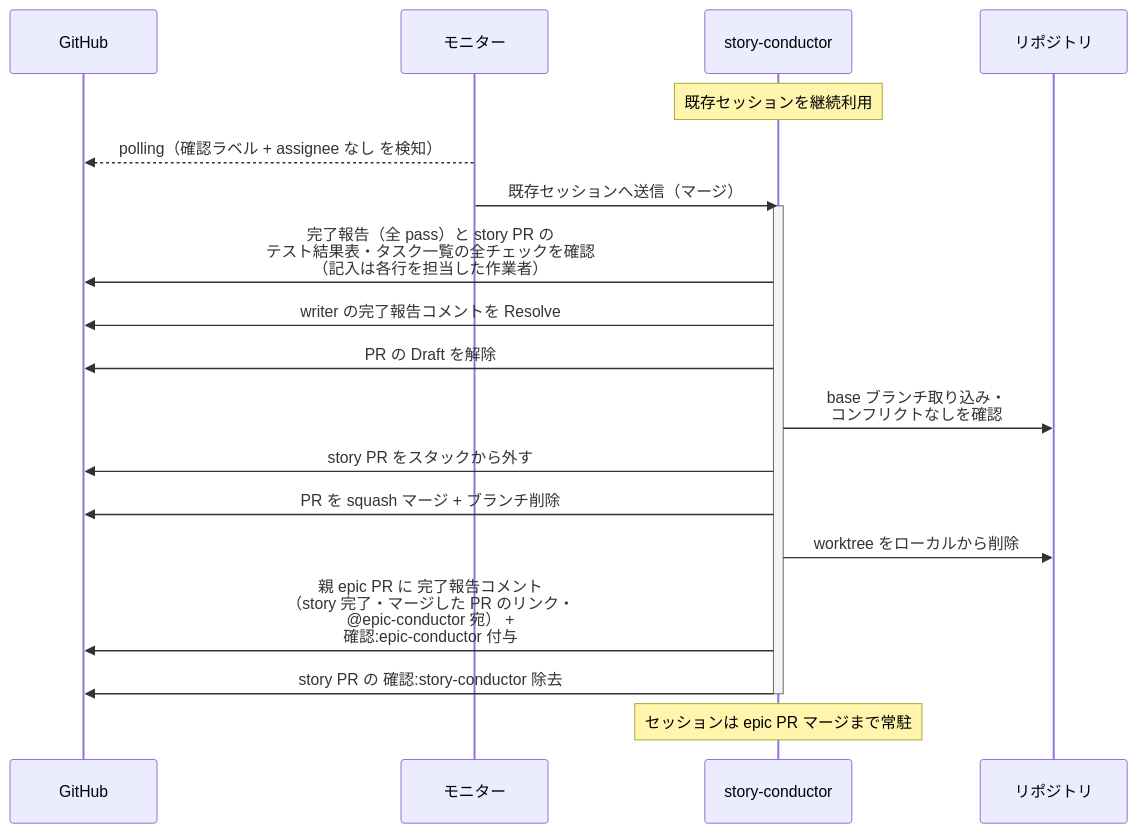
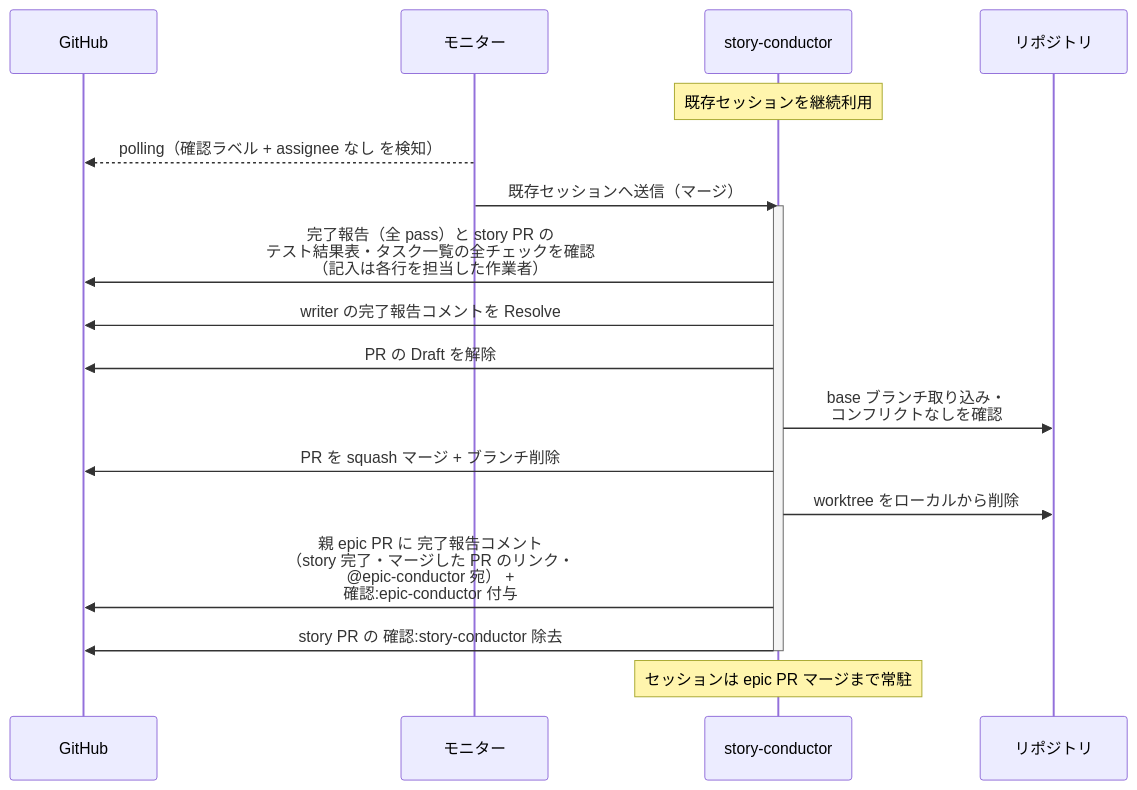
Before and after one commit to shuhei1101/ai-monitor: the third of 7 diagrams in docs/wiki/設計図/シナリオ/単一ユースケース/マージ.md, drawn with Mermaid. The commit also changed other lines of this file and 108 other files, not shown here.

````diff
--- a/docs/wiki/設計図/シナリオ/単一ユースケース/マージ.md
+++ b/docs/wiki/設計図/シナリオ/単一ユースケース/マージ.md
@@ -120,23 +117,22 @@
 ```mermaid
 sequenceDiagram
   participant GH as GitHub
   participant ORC as モニター
   participant MON as story-conductor
   participant REPO as リポジトリ
 
   Note over MON: 既存セッションを継続利用
   ORC-->>GH: polling（確認ラベル + assignee なし を検知）
   ORC->>MON: 既存セッションへ送信（マージ）
   activate MON
   MON->>GH: 完了報告（全 pass）と story PR の<br>テスト結果表・タスク一覧の全チェックを確認<br>（記入は各行を担当した作業者）
   MON->>GH: writer の完了報告コメントを Resolve
   MON->>GH: PR の Draft を解除
   MON->>REPO: base ブランチ取り込み・<br>コンフリクトなしを確認
-  MON->>GH: story PR をスタックから外す
   MON->>GH: PR を squash マージ + ブランチ削除
   MON->>REPO: worktree をローカルから削除
   MON->>GH: 親 epic PR に 完了報告コメント<br>（story 完了・マージした PR のリンク・<br>@epic-conductor 宛） +<br>確認:epic-conductor 付与
   MON->>GH: story PR の 確認:story-conductor 除去
   deactivate MON
   Note over MON: セッションは epic PR マージまで常駐
 ```
````
